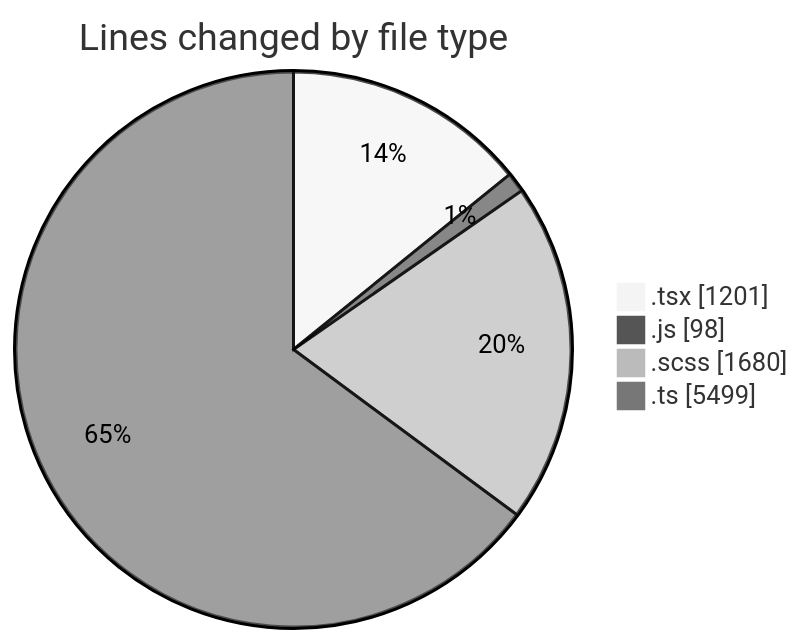
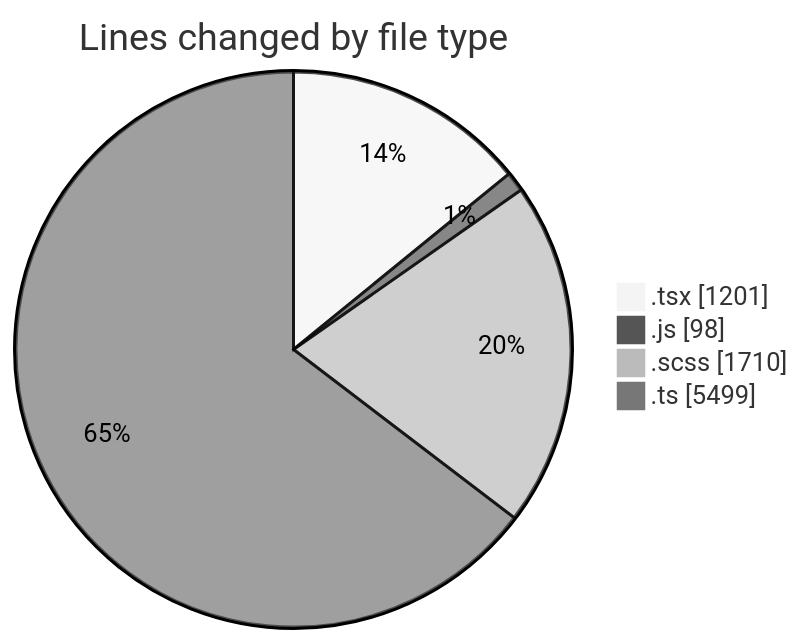
One commit to momahboobian/code-tracking changed the first of 2 diagrams in 2025-03-31/cda/README.md. Above: the diagram before and after it, drawn with Mermaid (neutral theme). The commit also changed other lines of this file and 1 other file, not shown here.

````diff
--- a/2025-03-31/cda/README.md
+++ b/2025-03-31/cda/README.md
@@ -39,8 +39,8 @@
 ```mermaid
 pie showData
 title Lines changed by file type
 ".tsx" : 1201
 ".js" : 98
-".scss" : 1680
+".scss" : 1710
 ".ts" : 5499
 ```
````
